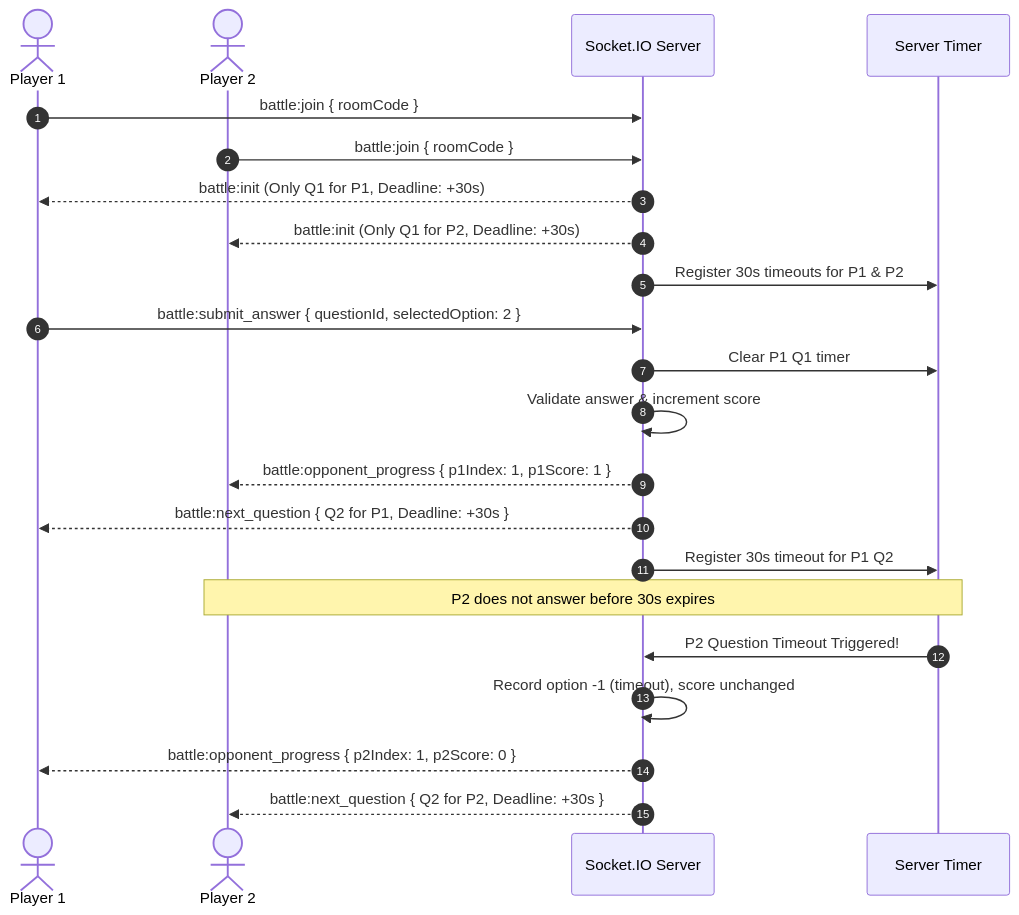
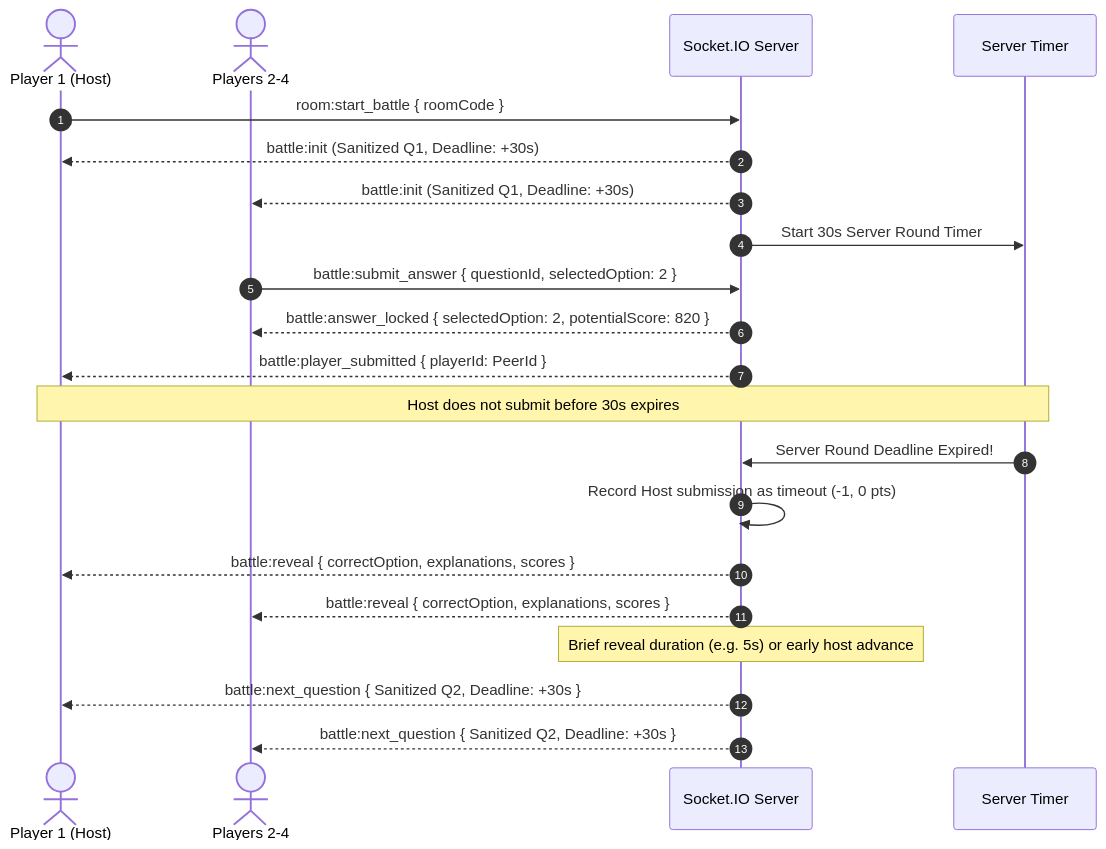
The second of 2 diagrams in docs/07-realtime-socket-architecture.md (harshverma-25/CodeArena), drawn with Mermaid before and after one commit. The commit also changed other lines of this file and 17 other files, not shown here.

Commit message:
docs: synchronize project documentation with current architecture

````diff
--- a/docs/07-realtime-socket-architecture.md
+++ b/docs/07-realtime-socket-architecture.md
@@ -84,27 +89,27 @@
 ```mermaid
 sequenceDiagram
     autonumber
-    actor P1 as Player 1
-    actor P2 as Player 2
+    actor Host as Player 1 (Host)
+    actor Peers as Players 2-4
     participant S as Socket.IO Server
     participant T as Server Timer
 
-    P1->>S: battle:join { roomCode }
-    P2->>S: battle:join { roomCode }
-    S-->>P1: battle:init (Only Q1 for P1, Deadline: +30s)
-    S-->>P2: battle:init (Only Q1 for P2, Deadline: +30s)
-    S->>T: Register 30s timeouts for P1 & P2
+    Host->>S: room:start_battle { roomCode }
+    S-->>Host: battle:init (Sanitized Q1, Deadline: +30s)
+    S-->>Peers: battle:init (Sanitized Q1, Deadline: +30s)
+    S->>T: Start 30s Server Round Timer
 
-    P1->>S: battle:submit_answer { questionId, selectedOption: 2 }
-    S->>T: Clear P1 Q1 timer
-    S->>S: Validate answer & increment score
-    S-->>P2: battle:opponent_progress { p1Index: 1, p1Score: 1 }
-    S-->>P1: battle:next_question { Q2 for P1, Deadline: +30s }
-    S->>T: Register 30s timeout for P1 Q2
+    Peers->>S: battle:submit_answer { questionId, selectedOption: 2 }
+    S-->>Peers: battle:answer_locked { selectedOption: 2, potentialScore: 820 }
+    S-->>Host: battle:player_submitted { playerId: PeerId }
 
-    Note over P2,T: P2 does not answer before 30s expires
-    T->>S: P2 Question Timeout Triggered!
-    S->>S: Record option -1 (timeout), score unchanged
-    S-->>P1: battle:opponent_progress { p2Index: 1, p2Score: 0 }
-    S-->>P2: battle:next_question { Q2 for P2, Deadline: +30s }
+    Note over Host,T: Host does not submit before 30s expires
+    T->>S: Server Round Deadline Expired!
+    S->>S: Record Host submission as timeout (-1, 0 pts)
+    S-->>Host: battle:reveal { correctOption, explanations, scores }
+    S-->>Peers: battle:reveal { correctOption, explanations, scores }
+
+    Note over S: Brief reveal duration (e.g. 5s) or early host advance
+    S-->>Host: battle:next_question { Sanitized Q2, Deadline: +30s }
+    S-->>Peers: battle:next_question { Sanitized Q2, Deadline: +30s }
 ```
````
